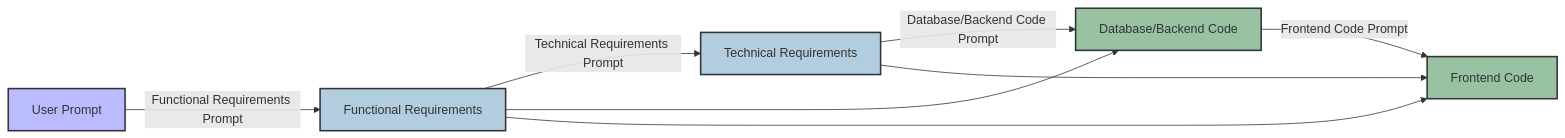
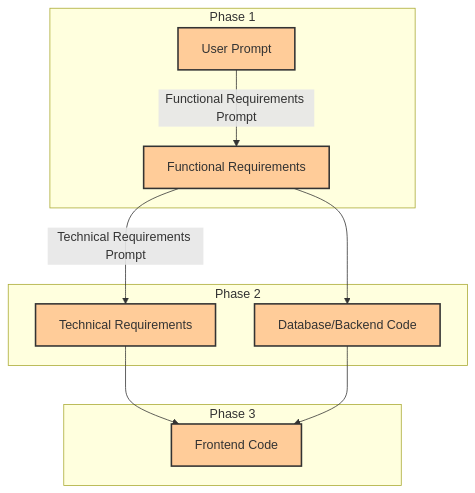
The diagram in README.md (vivek100/oneShotCodeGen), drawn with Mermaid before and after one commit.

Commit message:
updated readme made the graph fancier

````diff
--- a/README.md
+++ b/README.md
@@ -17,15 +17,19 @@
 ```mermaid
-graph LR
+graph TD
+subgraph Phase 1
 A[User Prompt] -->|Functional Requirements Prompt| B[Functional Requirements]
+end
+subgraph Phase 2
 B -->|Technical Requirements Prompt| C[Technical Requirements]
-C -->|Database/Backend Code Prompt| D[Database/Backend Code]
-B --> D
-D -->|Frontend Code Prompt| E[Frontend Code]
-B --> E
-C --> E
-style A fill:#bbf,stroke:#333,stroke-width:2px
-style B fill:#b3cde0,stroke:#333,stroke-width:2px
-style C fill:#b3cde0,stroke:#333,stroke-width:2px
-style D fill:#99c2a2,stroke:#333,stroke-width:2px
-style E fill:#99c2a2,stroke:#333,stroke-width:2px
+B --> D[Database/Backend Code]
+end
+subgraph Phase 3
+C --> E[Frontend Code]
+D --> E
+end
+style A fill:#ffcc99,stroke:#333,stroke-width:2px
+style B fill:#ffcc99,stroke:#333,stroke-width:2px
+style C fill:#ffcc99,stroke:#333,stroke-width:2px
+style D fill:#ffcc99,stroke:#333,stroke-width:2px
+style E fill:#ffcc99,stroke:#333,stroke-width:2px
 ```
````
